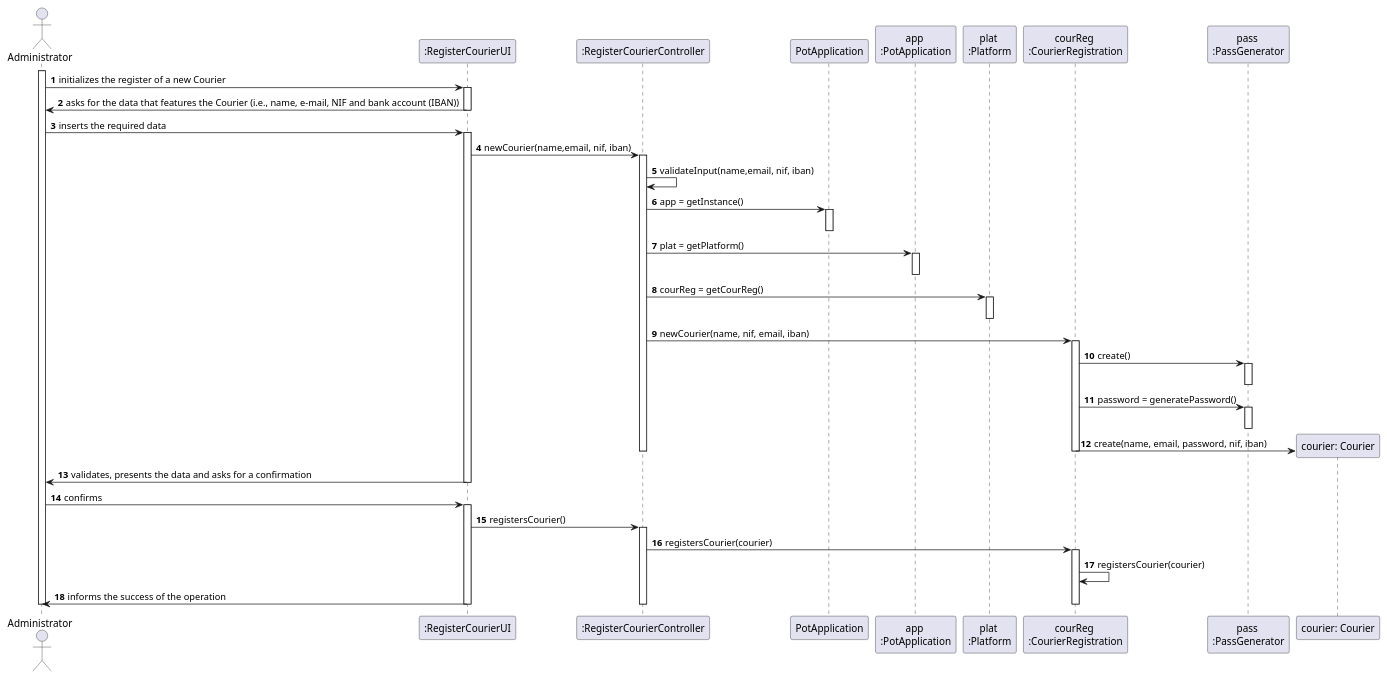
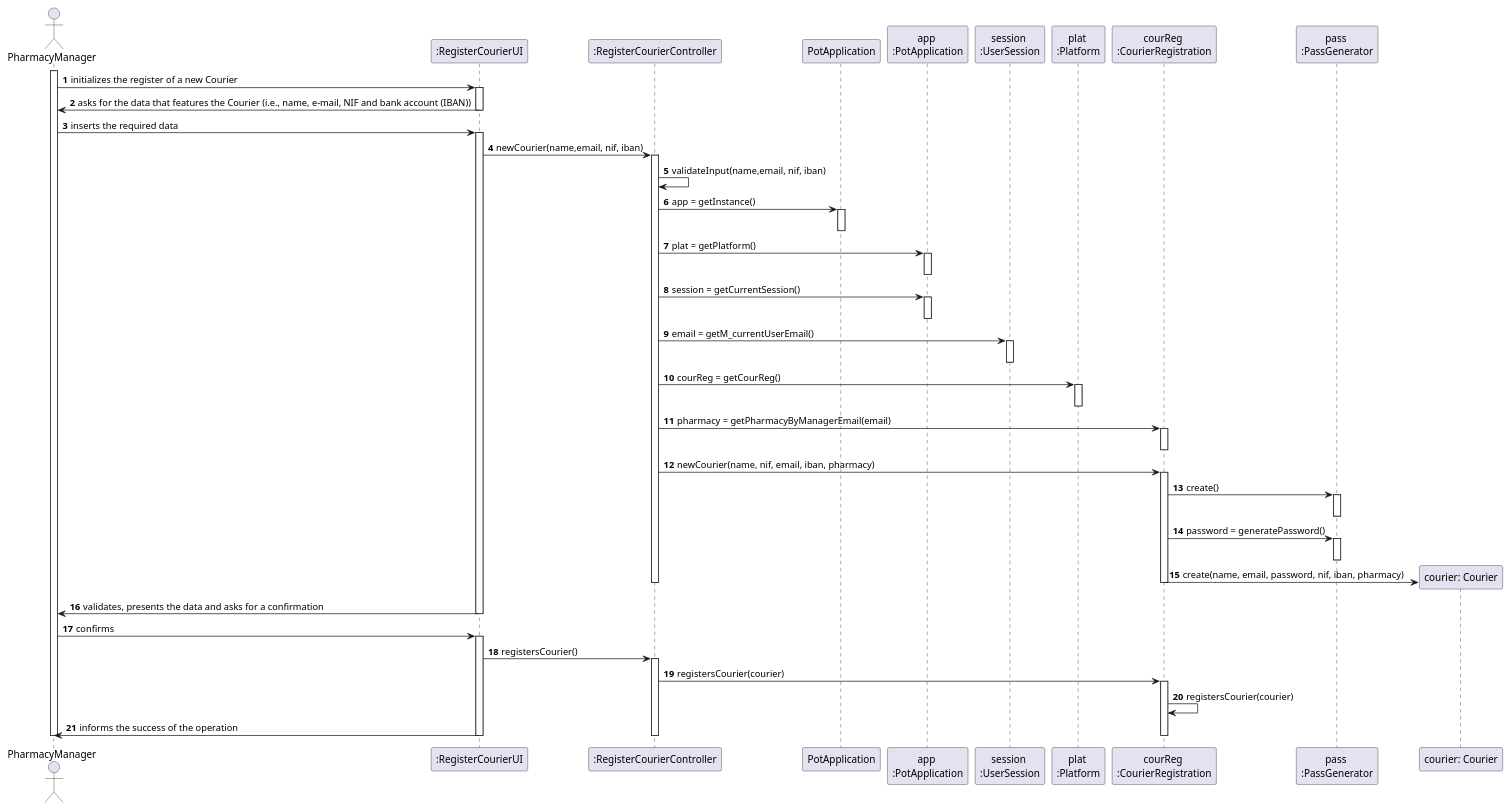
Before and after one commit to tiagoavcosta25/LAPR3: the diagram in docs/Iteration 1/Courier Management/US19_RegisterCourier/US19_SD.puml, drawn with PlantUML. The commit also changed 10 other files, not shown here.

```diff
--- a/docs/Iteration 1/Courier Management/US19_RegisterCourier/US19_SD.puml
+++ b/docs/Iteration 1/Courier Management/US19_RegisterCourier/US19_SD.puml
@@ -1,67 +1,77 @@
 @startuml
 autonumber
-actor "Administrator" as ADMIN
+actor "PharmacyManager" as ADMIN
 
 participant ":RegisterCourierUI" as UI
 participant ":RegisterCourierController" as CTRL
 participant "PotApplication" as PA
 participant "app \n:PotApplication" as APA
+participant "session \n:UserSession" as US
 participant "plat \n:Platform" as PLAT
 participant "courReg \n:CourierRegistration" as RF
 participant "pass \n:PassGenerator" as PS
 participant "courier: Courier" as CR
 
 
 
 activate ADMIN
 
 ADMIN -> UI : initializes the register of a new Courier
 activate UI
 UI -> ADMIN : asks for the data that features the Courier (i.e., name, e-mail, NIF and bank account (IBAN))
 deactivate UI
 
 ADMIN -> UI : inserts the required data
 activate UI
 UI -> CTRL : newCourier(name,email, nif, iban)
 activate CTRL
 CTRL -> CTRL : validateInput(name,email, nif, iban)
 CTRL -> PA : app = getInstance()
 activate PA
 deactivate PA
 CTRL -> APA : plat = getPlatform()
 activate APA
 deactivate APA
+CTRL -> APA : session = getCurrentSession()
+activate APA
+deactivate APA
+CTRL -> US : email = getM_currentUserEmail()
+activate US
+deactivate US
 CTRL -> PLAT : courReg = getCourReg()
 activate PLAT
 deactivate PLAT
-CTRL -> RF : newCourier(name, nif, email, iban)
+CTRL -> RF : pharmacy = getPharmacyByManagerEmail(email)
+activate RF
+deactivate RF
+CTRL -> RF : newCourier(name, nif, email, iban, pharmacy)
 activate RF
 RF -> PS : create()
 activate PS
 deactivate PS
 RF -> PS : password = generatePassword()
 activate PS
 deactivate PS
-RF -> CR ** : create(name, email, password, nif, iban)
+RF -> CR ** : create(name, email, password, nif, iban, pharmacy)
 deactivate RF
 deactivate CTRL
 
 
 UI -> ADMIN : validates, presents the data and asks for a confirmation
 deactivate UI
 
 ADMIN -> UI : confirms
 activate UI
 UI -> CTRL : registersCourier()
 activate CTRL
 CTRL -> RF : registersCourier(courier)
 activate RF
 RF -> RF : registersCourier(courier)
 UI -> ADMIN : informs the success of the operation
 deactivate RF
 deactivate CTRL
 deactivate UI
 
 deactivate ADMIN
 
 @enduml
```
